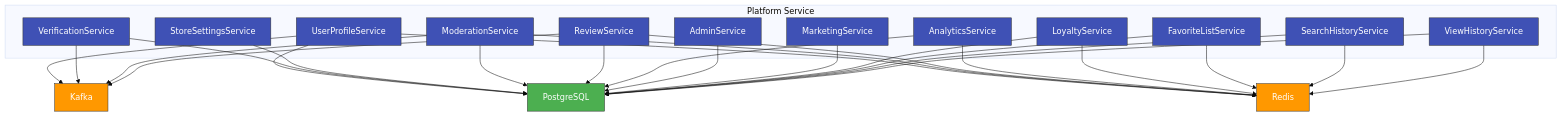
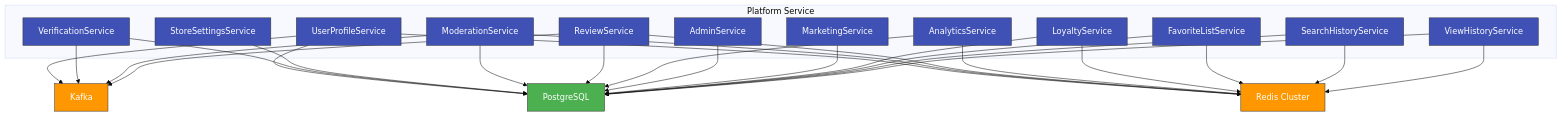
Before and after one commit to alxsshv/autodev-marketplace: the fourth of 7 diagrams in docs/architecture/component-diagram.md, drawn with Mermaid (base theme). The commit also changed other lines of this file and 64 other files, not shown here.

````diff
--- a/docs/architecture/component-diagram.md
+++ b/docs/architecture/component-diagram.md
@@ -174,53 +182,53 @@
 ```mermaid
 graph TD
     subgraph "Platform Service"
         A[UserProfileService]
         B[VerificationService]
         C[StoreSettingsService]
         D[ModerationService]
         E[ReviewService]
         F[AnalyticsService]
         G[AdminService]
         H[MarketingService]
         I[LoyaltyService]
         J[FavoriteListService]
         K[SearchHistoryService]
         L[ViewHistoryService]
     end
     
     A --> PostgreSQL[PostgreSQL]
     B --> PostgreSQL
     C --> PostgreSQL
     D --> PostgreSQL
     E --> PostgreSQL
     F --> PostgreSQL
     G --> PostgreSQL
     H --> PostgreSQL
     I --> PostgreSQL
     J --> PostgreSQL
     K --> PostgreSQL
     L --> PostgreSQL
     
-    A --> Redis[Redis]
+    A --> Redis[Redis Cluster]
     D --> Redis
     E --> Redis
     F --> Redis
     I --> Redis
     J --> Redis
     K --> Redis
     L --> Redis
     
     A --> Kafka[Kafka]
     B --> Kafka
     D --> Kafka
     E --> Kafka
     
     classDef platform fill:#3F51B5,stroke:#333,stroke-width:1px,color:white;
     classDef component fill:#2196F3,stroke:#333,stroke-width:1px,color:white;
     classDef storage fill:#4CAF50,stroke:#333,stroke-width:1px,color:white;
     classDef messaging fill:#FF9800,stroke:#333,stroke-width:1px,color:white;
     
     class A,B,C,D,E,F,G,H,I,J,K,L platform
     class PostgreSQL storage
     class Redis,Kafka messaging
 ```
````
